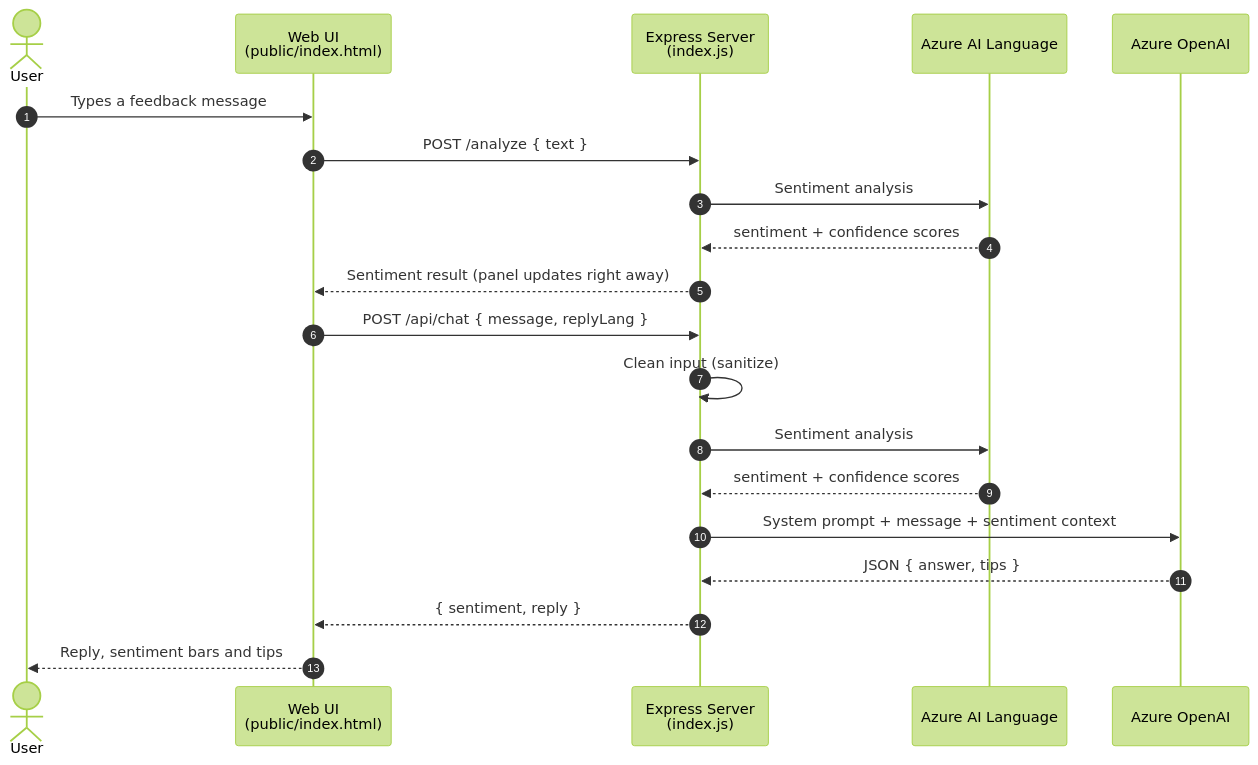
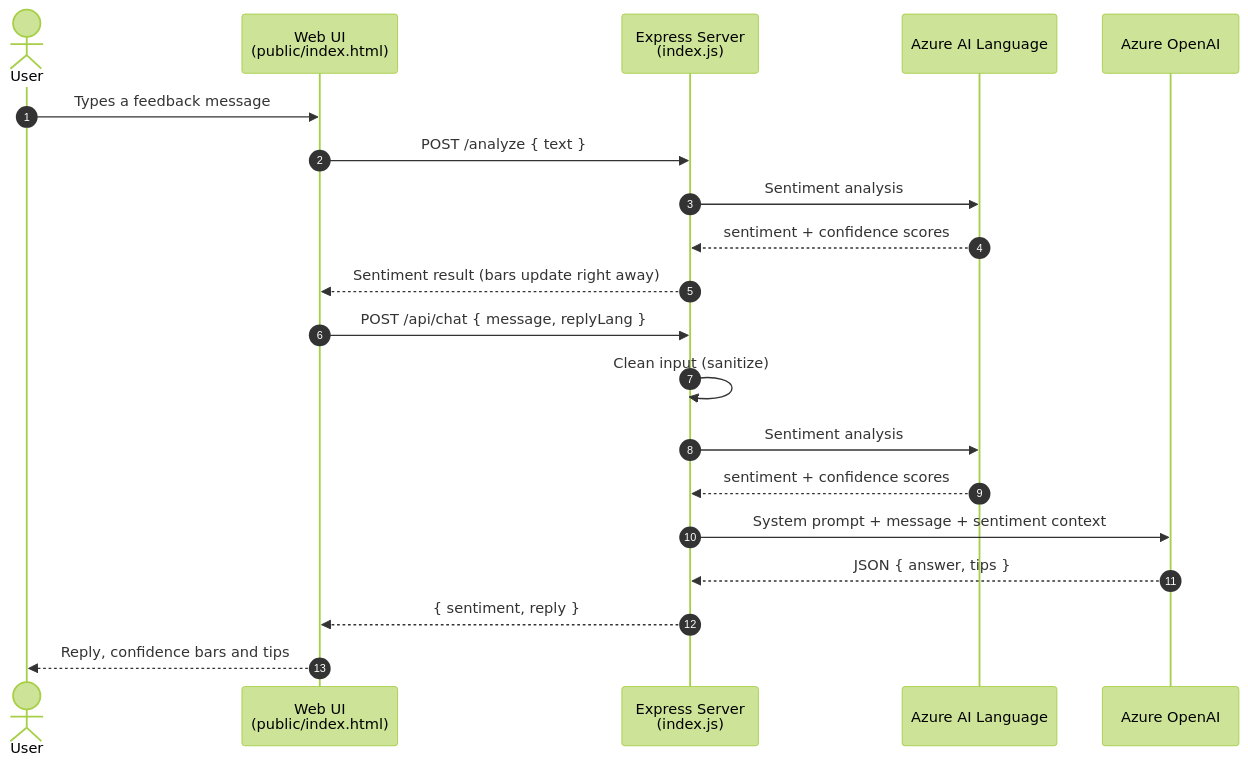
Before and after one commit to gizemgokceisik/secure-feedback-assistant: the diagram in README.md, drawn with Mermaid (forest theme). The commit also changed other lines of this file, not shown here.

````diff
--- a/README.md
+++ b/README.md
@@ -48,23 +47,23 @@
 ```mermaid
 sequenceDiagram
     autonumber
     actor User
     participant UI as Web UI<br/>(public/index.html)
     participant API as Express Server<br/>(index.js)
     participant Lang as Azure AI Language
     participant AOAI as Azure OpenAI
 
     User->>UI: Types a feedback message
     UI->>API: POST /analyze { text }
     API->>Lang: Sentiment analysis
     Lang-->>API: sentiment + confidence scores
-    API-->>UI: Sentiment result (panel updates right away)
+    API-->>UI: Sentiment result (bars update right away)
     UI->>API: POST /api/chat { message, replyLang }
     API->>API: Clean input (sanitize)
     API->>Lang: Sentiment analysis
     Lang-->>API: sentiment + confidence scores
     API->>AOAI: System prompt + message + sentiment context
     AOAI-->>API: JSON { answer, tips }
     API-->>UI: { sentiment, reply }
-    UI-->>User: Reply, sentiment bars and tips
+    UI-->>User: Reply, confidence bars and tips
 ```
````
